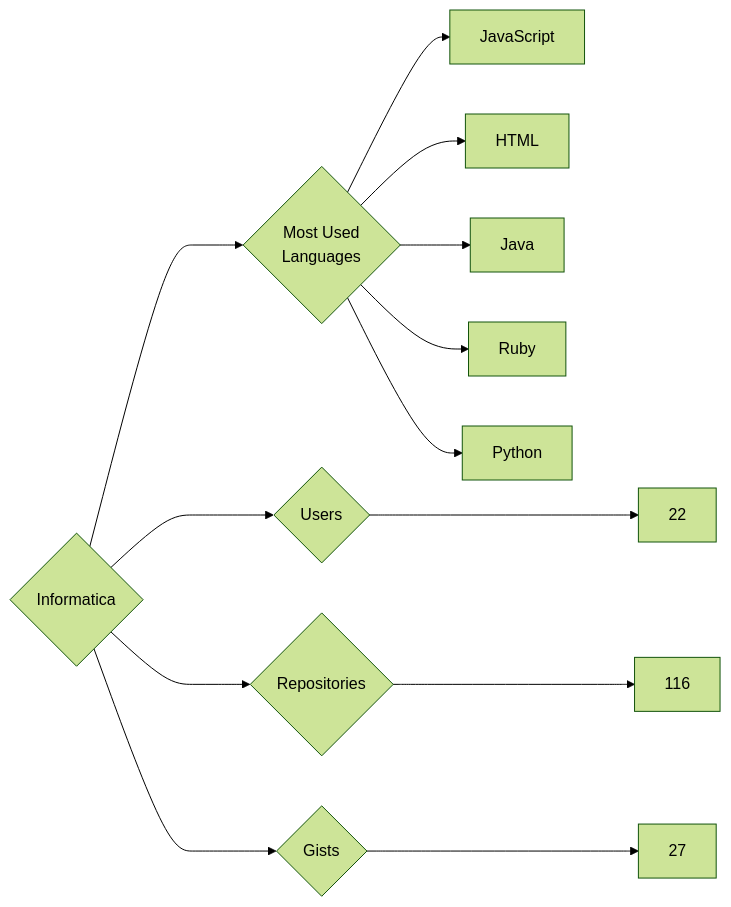
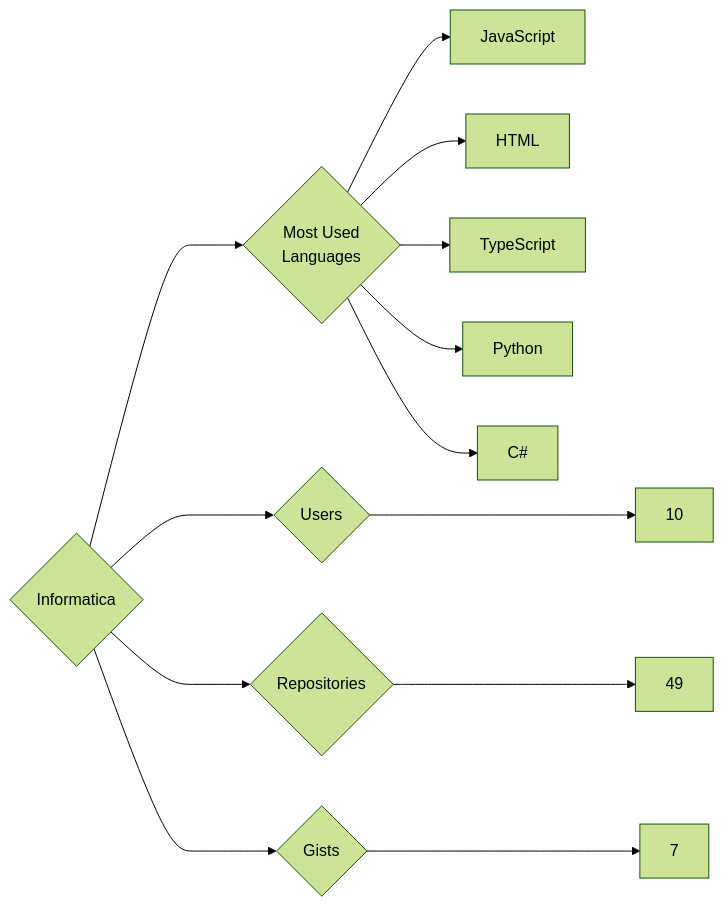
The diagram in targets/Informatica/README.md (trickest/insiders), drawn with Mermaid (forest theme) before and after one commit. The commit also changed 838 other files, not shown here.

````diff
--- a/targets/Informatica/README.md
+++ b/targets/Informatica/README.md
@@ -3,13 +3,13 @@
 ```mermaid
 graph LR
 COMPANY_NAME{Informatica}
-COMPANY_NAME ---> U{Users} ---> UN[22]
-COMPANY_NAME ---> R{Repositories} ---> RN[116]
-COMPANY_NAME ---> G{Gists} ---> GN[27]
+COMPANY_NAME ---> U{Users} ---> UN[10]
+COMPANY_NAME ---> R{Repositories} ---> RN[49]
+COMPANY_NAME ---> G{Gists} ---> GN[7]
 COMPANY_NAME ---> ML{Most Used<br>Languages}
 ML --> JavaScript[JavaScript]
 ML --> HTML[HTML]
-ML --> Java[Java]
-ML --> Ruby[Ruby]
+ML --> TypeScript[TypeScript]
 ML --> Python[Python]
+ML --> C#[C#]
 ```
````
